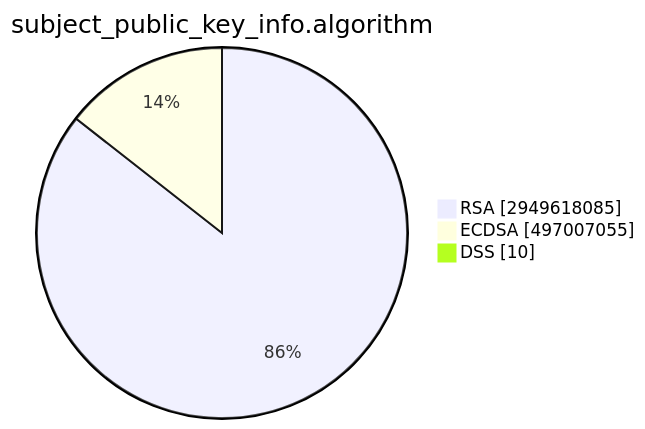
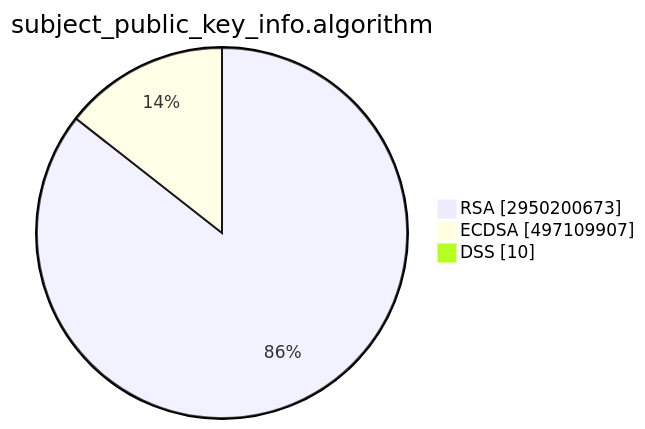
One commit to christiankrug/ctmonitor_visualization changed the second of 15 diagrams in TOTAL/README.md. Above: the diagram before and after it, drawn with Mermaid. The commit also changed other lines of this file, not shown here.

````diff
--- a/TOTAL/README.md
+++ b/TOTAL/README.md
@@ -6,7 +6,7 @@
 ```mermaid
 pie showData
 title subject_public_key_info.algorithm
-"RSA" :2949618085
-"ECDSA" :497007055
+"RSA" :2950200673
+"ECDSA" :497109907
 "DSS" :10
 ```
````
